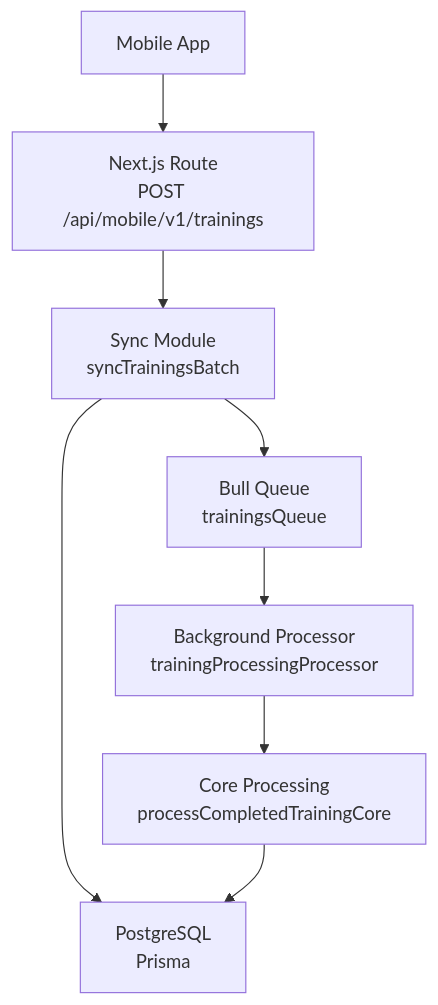
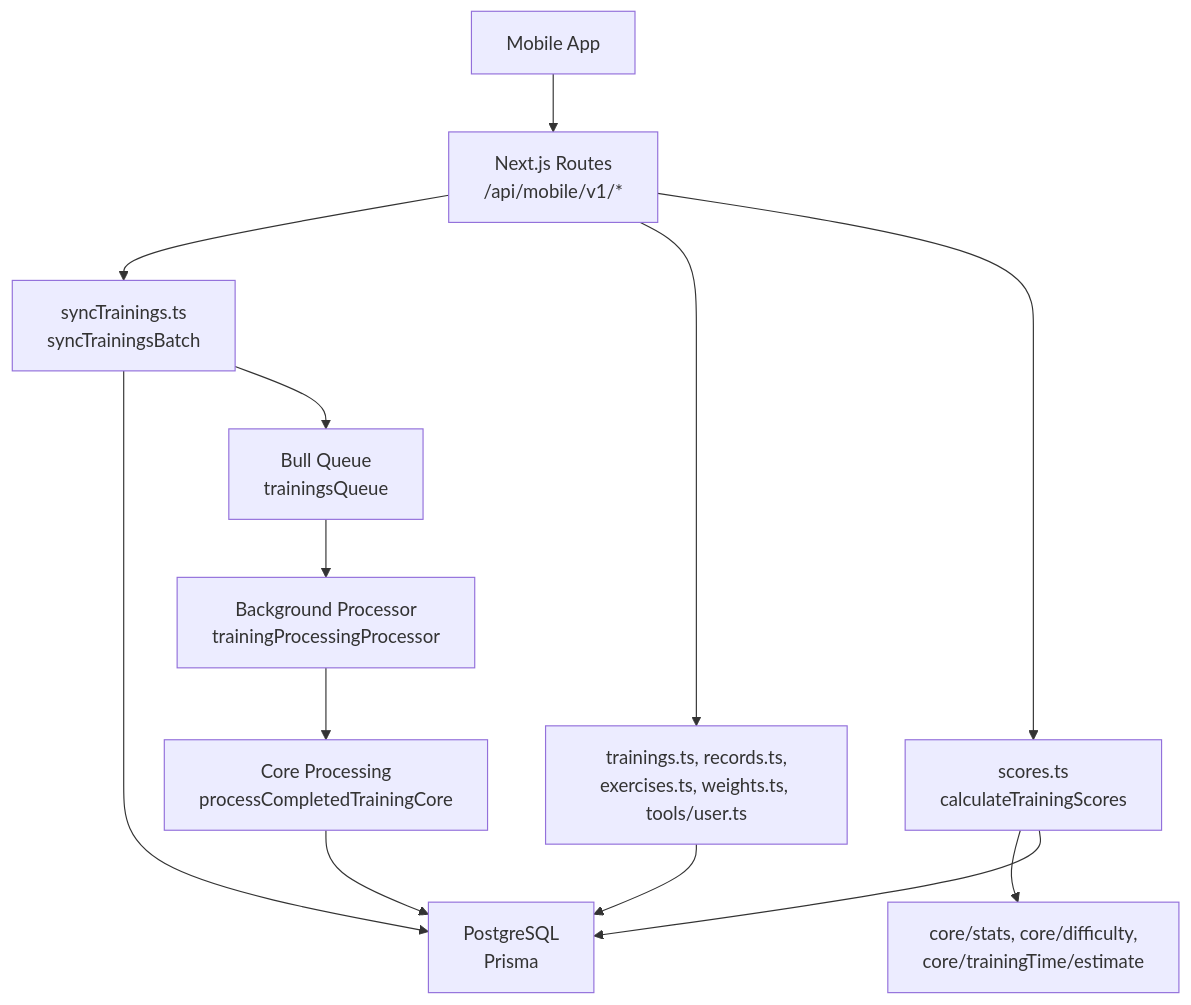
The first of 10 diagrams in .qoder/repowiki/en/content/Architecture Overview/Mobile API System.md (Dezzpil/meingym), drawn with Mermaid before and after one commit. The commit also changed other lines of this file and 12 other files, not shown here.

````diff
--- a/.qoder/repowiki/en/content/Architecture Overview/Mobile API System.md
+++ b/.qoder/repowiki/en/content/Architecture Overview/Mobile API System.md
@@ -38,10 +55,15 @@
 ```mermaid
 graph TB
-Client["Mobile App"] --> API["Next.js Route<br/>POST /api/mobile/v1/trainings"]
-API --> Sync["Sync Module<br/>syncTrainingsBatch"]
+Client["Mobile App"] --> API["Next.js Routes<br/>/api/mobile/v1/*"]
+API --> Sync["syncTrainings.ts<br/>syncTrainingsBatch"]
+API --> Read["trainings.ts, records.ts,<br/>exercises.ts, weights.ts, tools/user.ts"]
+API --> Scores["scores.ts<br/>calculateTrainingScores"]
 Sync --> DB["PostgreSQL<br/>Prisma"]
+Read --> DB
+Scores --> CoreFn["core/stats, core/difficulty,<br/>core/trainingTime/estimate"]
+Scores --> DB
 Sync --> Job["Bull Queue<br/>trainingsQueue"]
 Job --> Worker["Background Processor<br/>trainingProcessingProcessor"]
-Worker --> Core["Core Processing<br/>processCompletedTrainingCore"]
-Core --> DB
+Worker --> CoreProc["Core Processing<br/>processCompletedTrainingCore"]
+CoreProc --> DB
 ```
````
